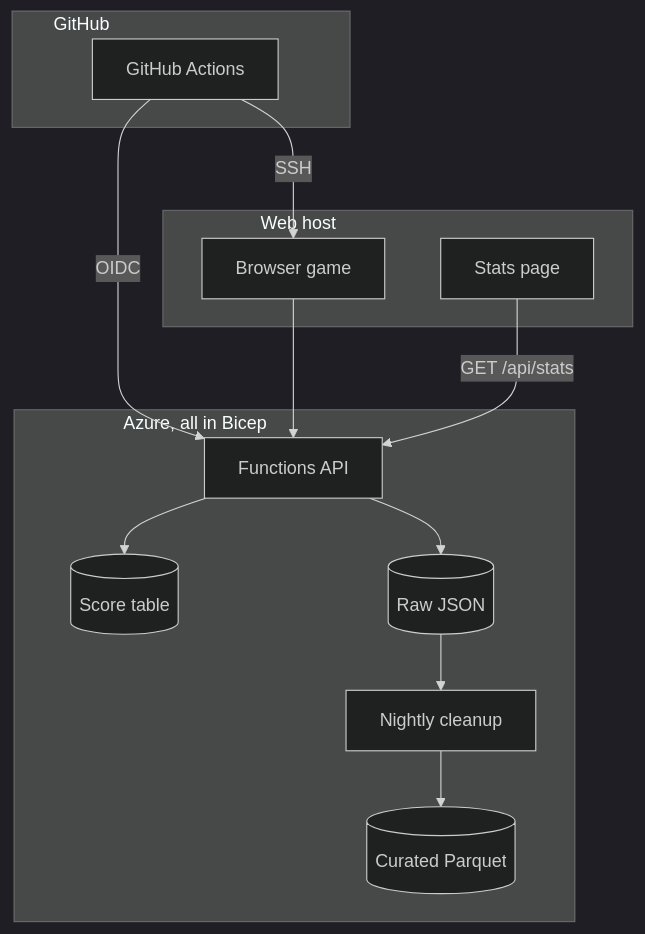
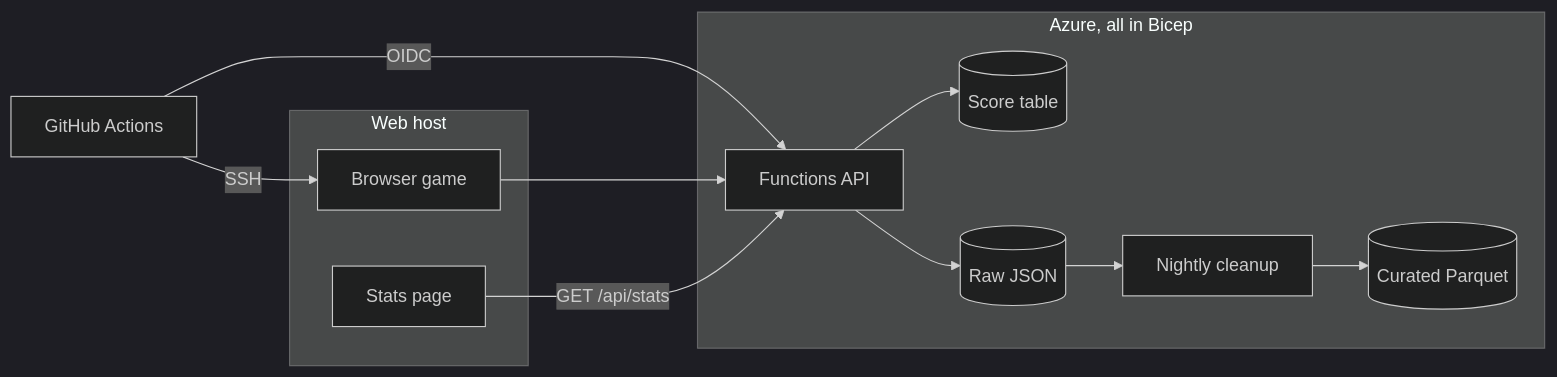
The diagram in README.md (Gerlitek/zombiet-peli), drawn with Mermaid (dark theme) before and after one commit.

Commit message:
Lay the architecture diagram out left to right so it fits one screen

````diff
--- a/README.md
+++ b/README.md
@@ -14,20 +14,18 @@
 ```mermaid
-flowchart TD
-    subgraph GHE["GitHub&nbsp;&nbsp;&nbsp;&nbsp;&nbsp;&nbsp;&nbsp;&nbsp;&nbsp;&nbsp;&nbsp;&nbsp;&nbsp;&nbsp;&nbsp;&nbsp;&nbsp;&nbsp;&nbsp;&nbsp;&nbsp;&nbsp;&nbsp;&nbsp;&nbsp;&nbsp;&nbsp;&nbsp;&nbsp;&nbsp;&nbsp;&nbsp;&nbsp;&nbsp;&nbsp;&nbsp;&nbsp;&nbsp;&nbsp;&nbsp;"]
-        GH["GitHub Actions"]
-    end
-    subgraph Web["Web host&nbsp;&nbsp;&nbsp;&nbsp;&nbsp;&nbsp;&nbsp;&nbsp;&nbsp;&nbsp;&nbsp;&nbsp;&nbsp;&nbsp;&nbsp;&nbsp;&nbsp;&nbsp;&nbsp;&nbsp;&nbsp;&nbsp;&nbsp;&nbsp;&nbsp;&nbsp;&nbsp;&nbsp;&nbsp;&nbsp;&nbsp;&nbsp;&nbsp;&nbsp;&nbsp;&nbsp;&nbsp;&nbsp;&nbsp;&nbsp;"]
+flowchart LR
+    GH["GitHub Actions"]
+    subgraph Web["Web host"]
         Game["Browser game"]
         Dash["Stats page"]
     end
-    subgraph Azure["Azure, all in Bicep&nbsp;&nbsp;&nbsp;&nbsp;&nbsp;&nbsp;&nbsp;&nbsp;&nbsp;&nbsp;&nbsp;&nbsp;&nbsp;&nbsp;&nbsp;&nbsp;&nbsp;&nbsp;&nbsp;&nbsp;&nbsp;&nbsp;&nbsp;&nbsp;&nbsp;&nbsp;&nbsp;&nbsp;&nbsp;&nbsp;&nbsp;&nbsp;&nbsp;&nbsp;&nbsp;&nbsp;&nbsp;&nbsp;&nbsp;&nbsp;"]
+    subgraph Azure["Azure, all in Bicep"]
         API["Functions API"] --> Scores[("Score table")]
         API --> Raw[("Raw JSON")]
         Raw --> Night["Nightly cleanup"]
         Night --> Cur[("Curated Parquet")]
     end
     GH -->|"SSH"| Game
     GH -->|"OIDC"| API
     Game --> API
     Dash -->|"GET /api/stats"| API
 ```
````
